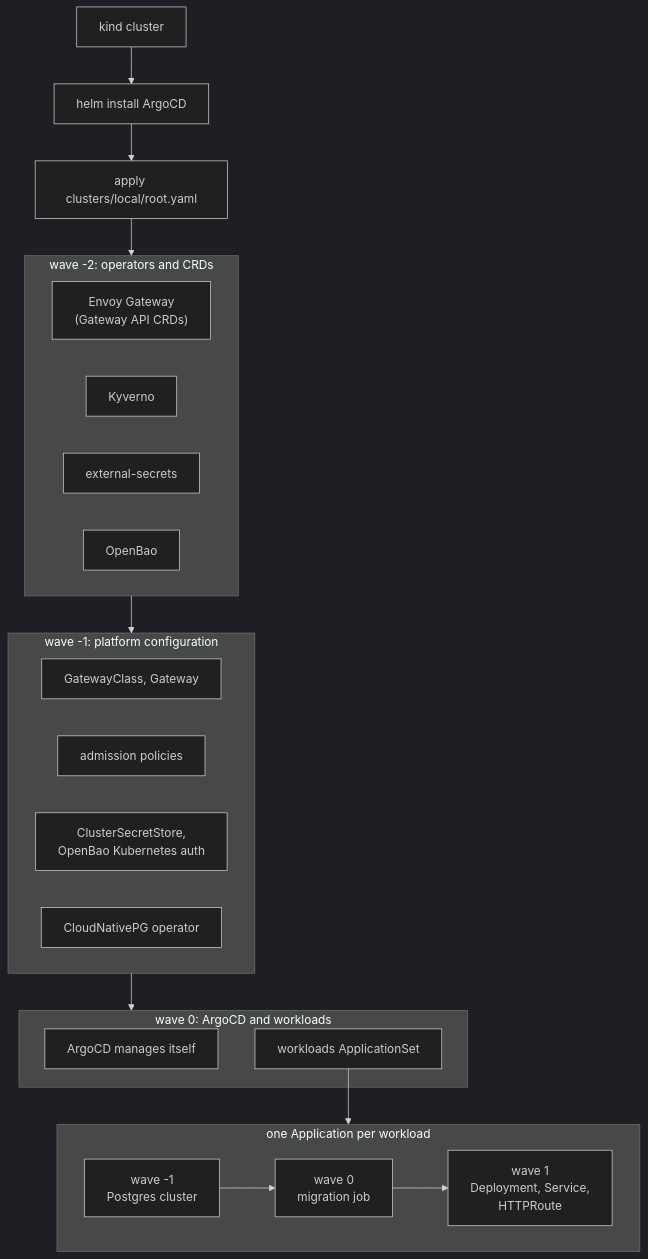
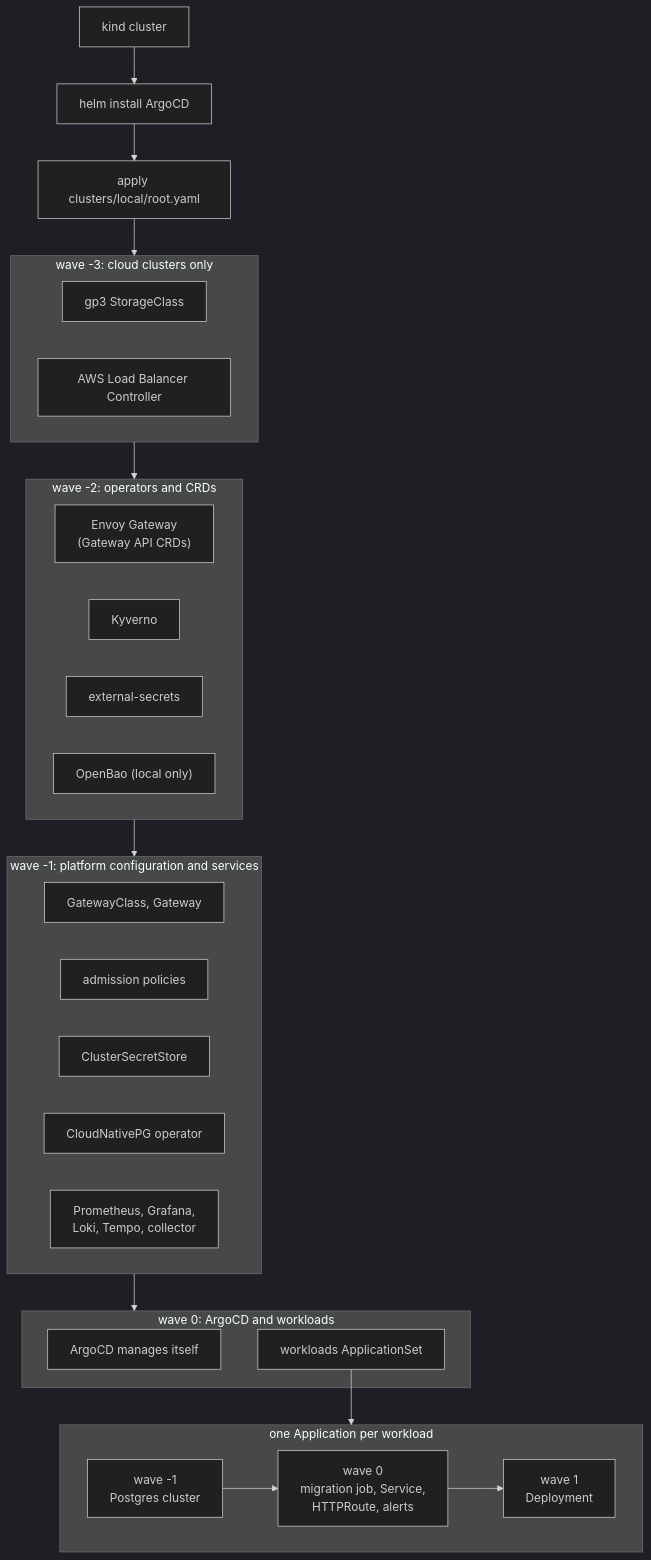
The second of 3 diagrams in README.md (rootsher/platform-delivery), drawn with Mermaid (dark theme) before and after one commit. The commit also changed other lines of this file and 4 other files, not shown here.

Commit message:
docs: correct the adrs and the sync wave diagram

````diff
--- a/README.md
+++ b/README.md
@@ -71,35 +71,43 @@
 ```mermaid
 flowchart TB
   kind["kind cluster"] --> install["helm install ArgoCD"] --> root["apply clusters/local/root.yaml"]
-  root --> w2
+  root --> w3
+
+  subgraph w3["wave -3: cloud clusters only"]
+    sc["gp3 StorageClass"]
+    lbc["AWS Load Balancer Controller"]
+  end
+
+  w3 --> w2
 
   subgraph w2["wave -2: operators and CRDs"]
     eg["Envoy Gateway<br/>(Gateway API CRDs)"]
     kyverno["Kyverno"]
     eso["external-secrets"]
-    bao["OpenBao"]
+    bao["OpenBao (local only)"]
   end
 
   w2 --> w1
 
-  subgraph w1["wave -1: platform configuration"]
+  subgraph w1["wave -1: platform configuration and services"]
     gw["GatewayClass, Gateway"]
     pol["admission policies"]
-    store["ClusterSecretStore,<br/>OpenBao Kubernetes auth"]
+    store["ClusterSecretStore"]
     cnpg["CloudNativePG operator"]
+    obs["Prometheus, Grafana,<br/>Loki, Tempo, collector"]
   end
 
   w1 --> w0
 
   subgraph w0["wave 0: ArgoCD and workloads"]
     self["ArgoCD manages itself"]
     appset["workloads ApplicationSet"]
   end
 
   appset --> app
 
   subgraph app["one Application per workload"]
     direction LR
-    cluster["wave -1<br/>Postgres cluster"] --> job["wave 0<br/>migration job"] --> deploy["wave 1<br/>Deployment, Service,<br/>HTTPRoute"]
+    cluster["wave -1<br/>Postgres cluster"] --> job["wave 0<br/>migration job, Service,<br/>HTTPRoute, alerts"] --> deploy["wave 1<br/>Deployment"]
   end
 ```
````
